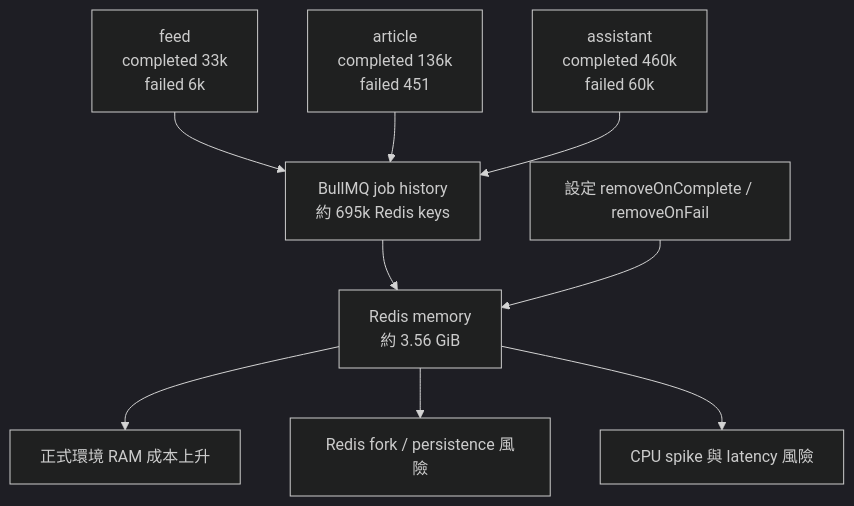
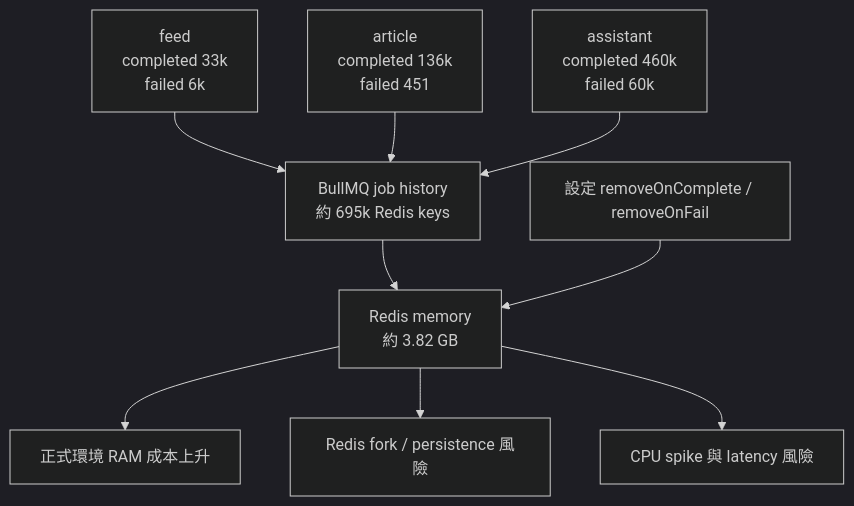
The seventh of 17 diagrams in production-resource-architecture-proposal.md (chunkai1312/temp), drawn with Mermaid (dark theme) before and after one commit. The commit also changed other lines of this file, not shown here.

````diff
--- a/production-resource-architecture-proposal.md
+++ b/production-resource-architecture-proposal.md
@@ -269,11 +269,11 @@
 ```mermaid
 flowchart TB
-  JOBS["BullMQ job history\n約 695k Redis keys"] --> MEM["Redis memory\n約 3.56 GiB"]
+  JOBS["BullMQ job history\n約 695k Redis keys"] --> MEM["Redis memory\n約 3.82 GB"]
   FEED["feed\ncompleted 33k\nfailed 6k"] --> JOBS
   ARTICLE["article\ncompleted 136k\nfailed 451"] --> JOBS
   ASSISTANT["assistant\ncompleted 460k\nfailed 60k"] --> JOBS
   MEM --> RISK1["正式環境 RAM 成本上升"]
   MEM --> RISK2["Redis fork / persistence 風險"]
   MEM --> RISK3["CPU spike 與 latency 風險"]
   FIX["設定 removeOnComplete / removeOnFail"] --> MEM
 ```
````
